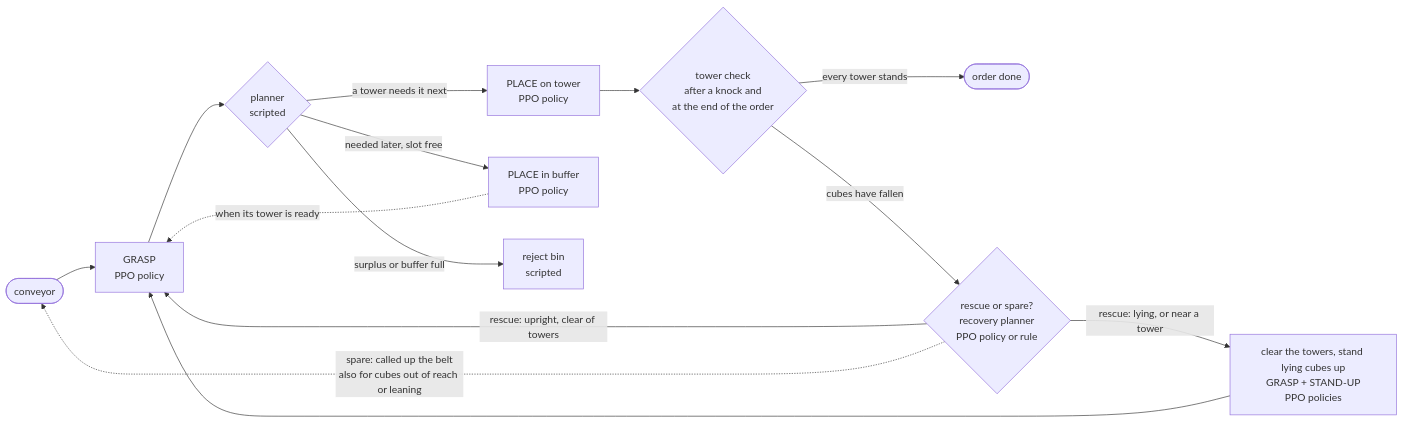
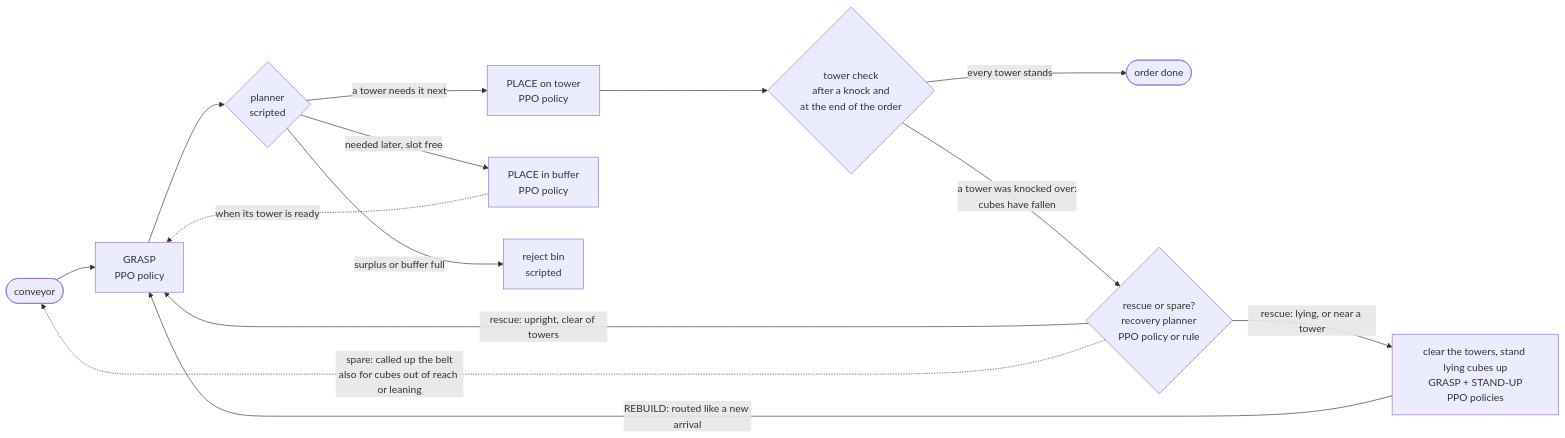
The diagram in README.md (Abdullah-Muz/polypanda), drawn with Mermaid before and after one commit. The commit also changed other lines of this file, not shown here.

Commit message:
README: say plainly that knocked-over towers are rebuilt (diagram and closed-loop bullet)

````diff
--- a/README.md
+++ b/README.md
@@ -81,16 +81,16 @@
 ```mermaid
 flowchart LR
     I([conveyor]) --> G[GRASP<br/>PPO policy]
     G --> P{planner<br/>scripted}
     P -- "a tower needs it next" --> T[PLACE on tower<br/>PPO policy]
     P -- "needed later, slot free" --> B[PLACE in buffer<br/>PPO policy]
     P -- "surplus or buffer full" --> R[reject bin<br/>scripted]
     B -. "when its tower is ready" .-> G
     T --> C{tower check<br/>after a knock and<br/>at the end of the order}
     C -- "every tower stands" --> D([order done])
-    C -- "cubes have fallen" --> Q{rescue or spare?<br/>recovery planner<br/>PPO policy or rule}
+    C -- "a tower was knocked over:<br/>cubes have fallen" --> Q{rescue or spare?<br/>recovery planner<br/>PPO policy or rule}
     Q -- "rescue: lying, or near a tower" --> S[clear the towers, stand lying cubes up<br/>GRASP + STAND-UP<br/>PPO policies]
-    S --> G
+    S -- "REBUILD: routed like a new arrival" --> G
     Q -- "rescue: upright, clear of towers" --> G
     Q -. "spare: called up the belt<br/>also for cubes out of reach or leaning" .-> I
 ```
````
